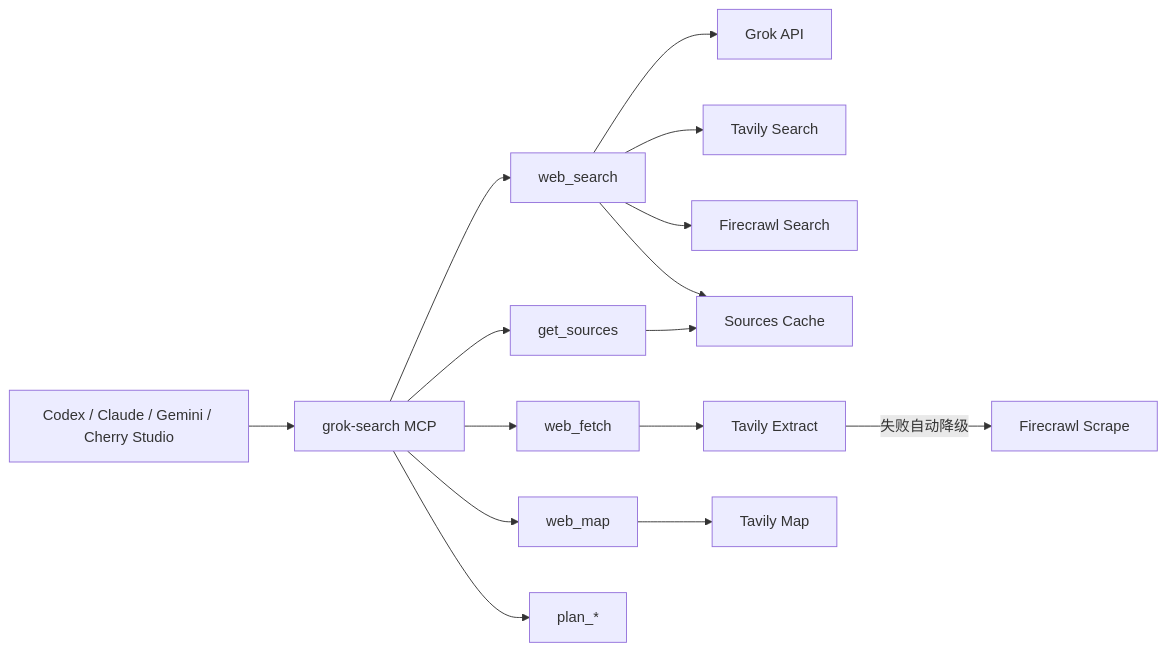
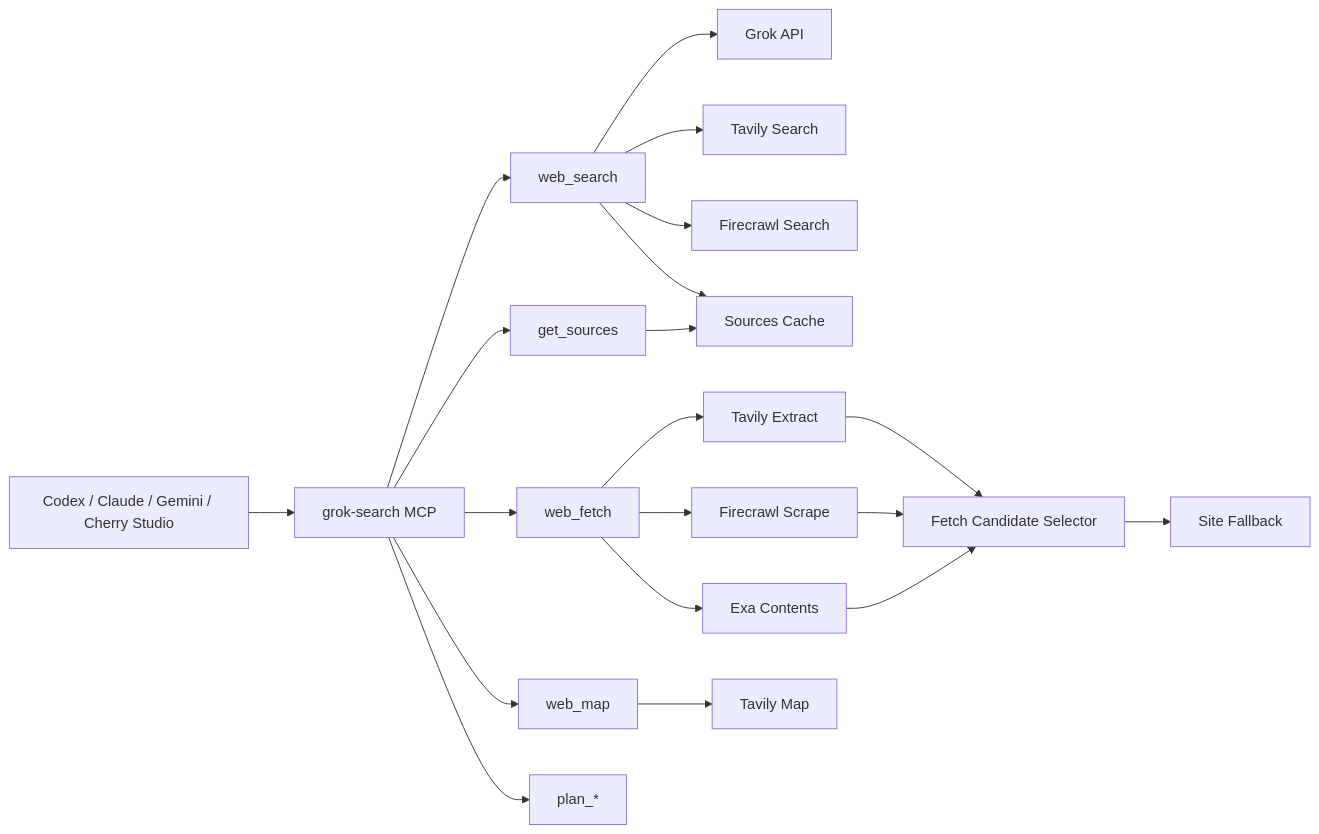
Before and after one commit to ysjzy123/GrokSearch: the diagram in README.md, drawn with Mermaid. The commit also changed other lines of this file and 14 other files, not shown here.

Commit message:
Finalize web fetch benchmarking and site fallbacks

````diff
--- a/README.md
+++ b/README.md
@@ -49,21 +50,26 @@
 ```mermaid
 flowchart LR
     C[Codex / Claude / Gemini / Cherry Studio] --> M[grok-search MCP]
 
     M --> WS[web_search]
     M --> GS[get_sources]
     M --> WF[web_fetch]
     M --> WM[web_map]
     M --> PL[plan_*]
 
     WS --> G[Grok API]
     WS --> T[Tavily Search]
     WS --> F[Firecrawl Search]
 
     WF --> TE[Tavily Extract]
-    TE -->|失败自动降级| FS[Firecrawl Scrape]
+    WF --> FS[Firecrawl Scrape]
+    WF --> EX[Exa Contents]
+    TE --> SEL[Fetch Candidate Selector]
+    FS --> SEL
+    EX --> SEL
+    SEL --> SF[Site Fallback]
 
     WM --> TM[Tavily Map]
     GS --> CACHE[Sources Cache]
     WS --> CACHE
 ```
````
